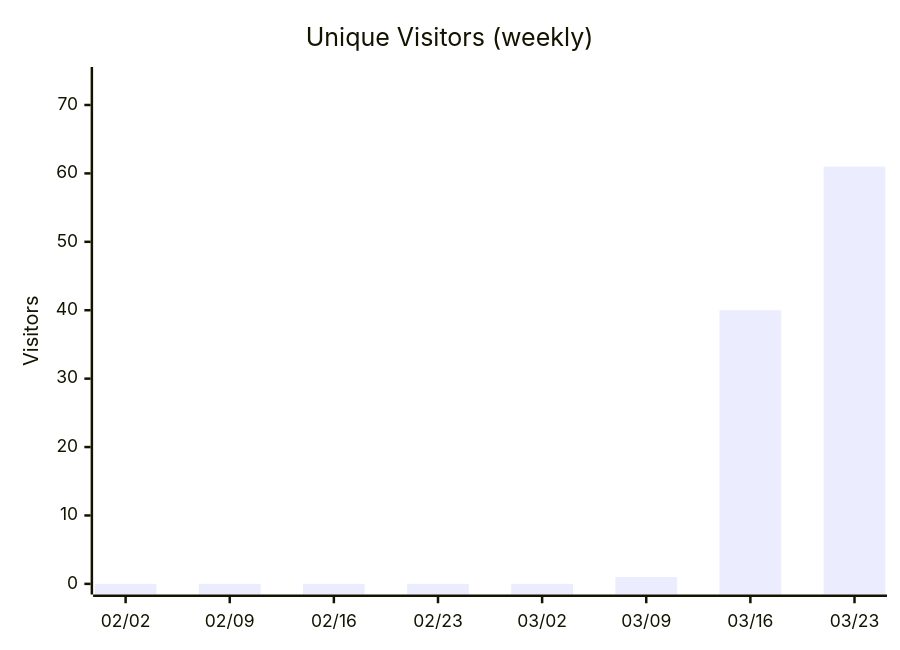
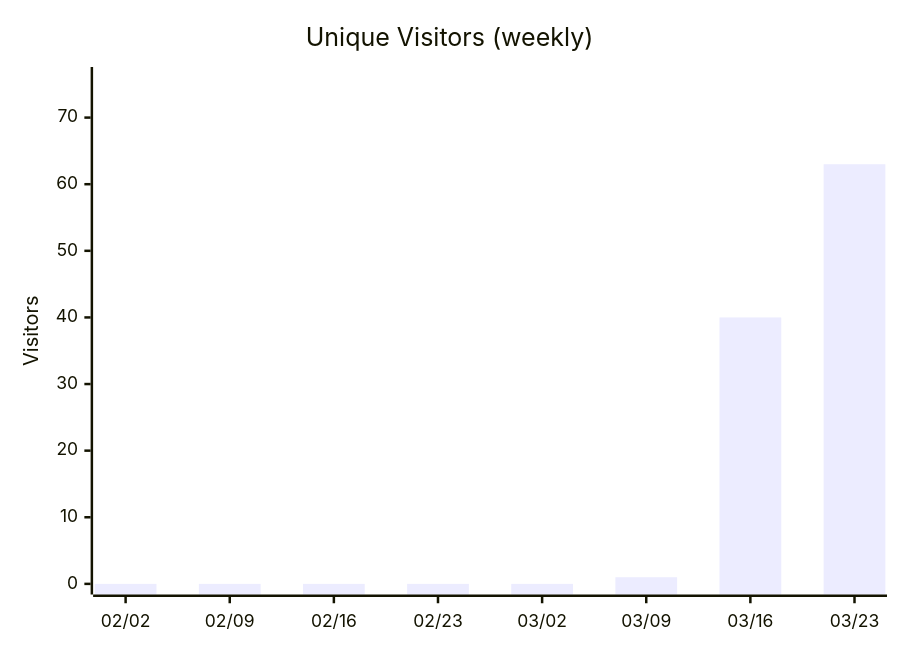
Diagram 13 of 14 in docs/metrics.md (nablarch/nabledge-dev), drawn with Mermaid before and after one commit. The commit also changed other lines of this file and 2 other files, not shown here.

````diff
--- a/docs/metrics.md
+++ b/docs/metrics.md
@@ -163,7 +163,7 @@
 ```mermaid
 xychart-beta
   title "Unique Visitors (weekly)"
   x-axis ["02/02", "02/09", "02/16", "02/23", "03/02", "03/09", "03/16", "03/23"]
-  y-axis "Visitors" 0 --> 74
-  bar [0, 0, 0, 0, 0, 1, 40, 61]
+  y-axis "Visitors" 0 --> 76
+  bar [0, 0, 0, 0, 0, 1, 40, 63]
 ```
````
